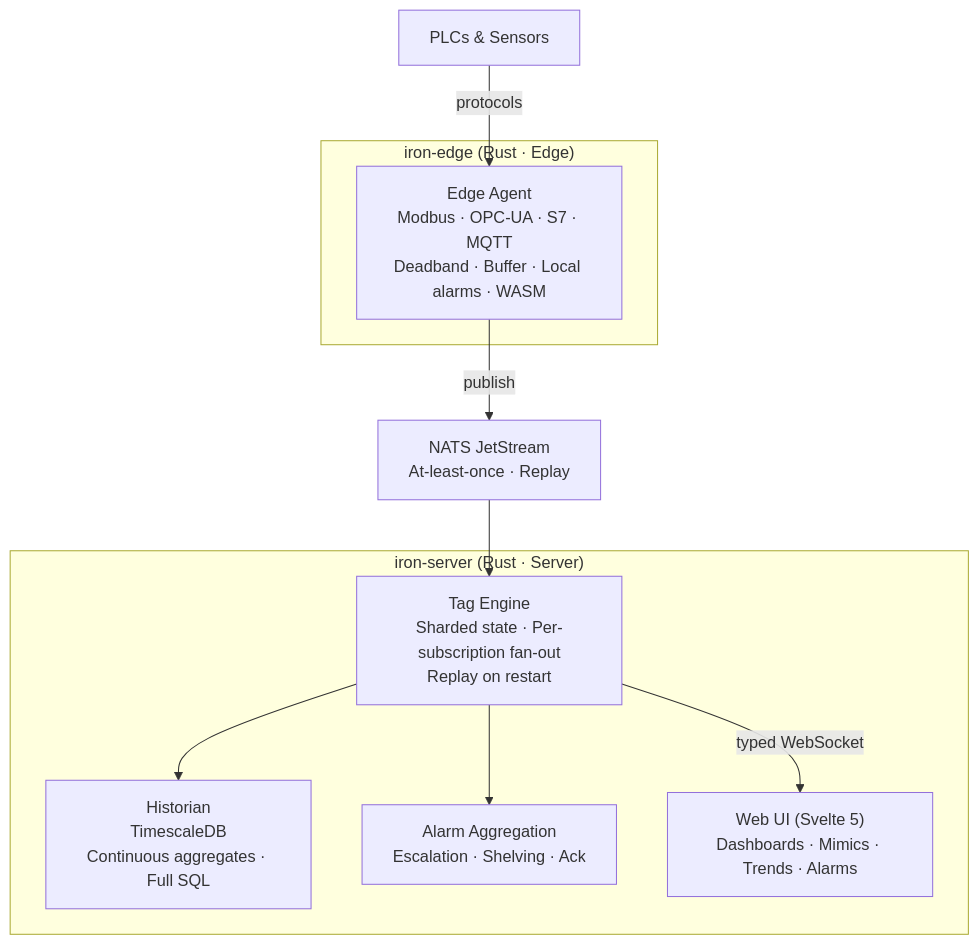
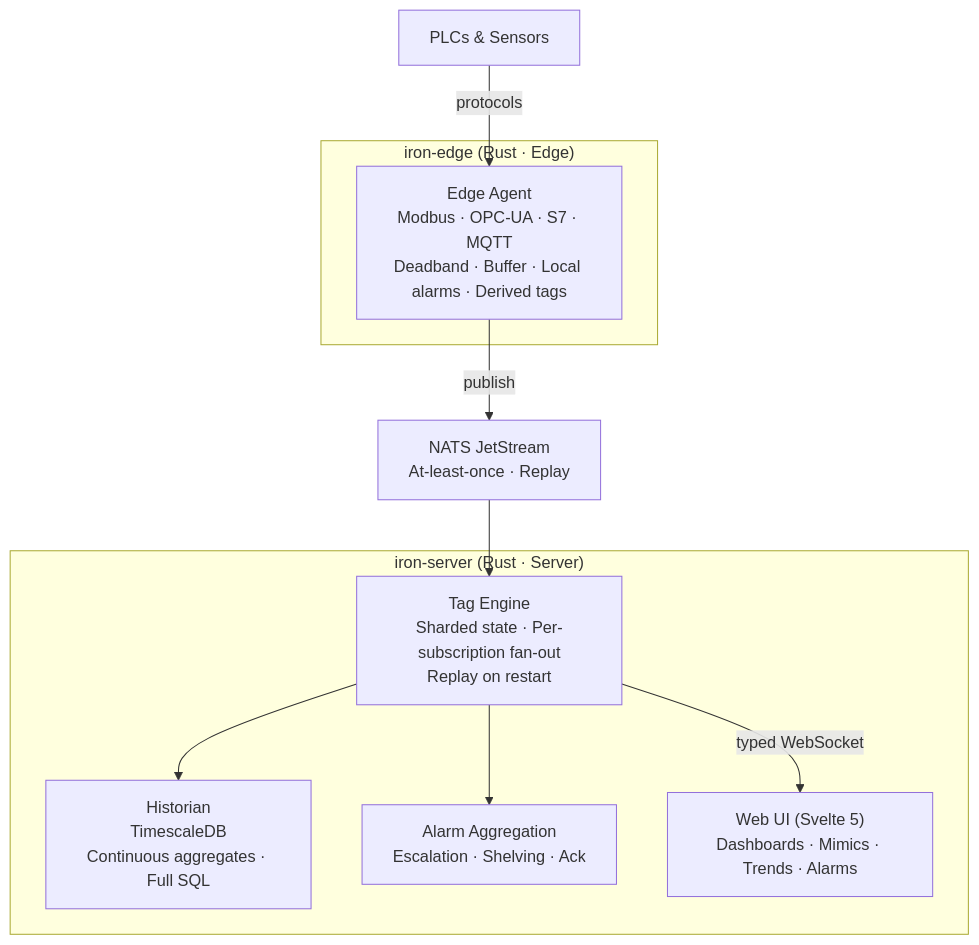
Before and after one commit to andreiyurik/iron-concept: the diagram in docs/specs/architecture.md, drawn with Mermaid. The commit also changed other lines of this file and 41 other files, not shown here.

First line of the commit message:
docs: harden the architecture before code

````diff
--- a/docs/specs/architecture.md
+++ b/docs/specs/architecture.md
@@ -54,23 +54,23 @@
 ```mermaid
 graph TD
     subgraph iron-edge ["iron-edge (Rust · Edge)"]
-        EDGE["Edge Agent\nModbus · OPC-UA · S7 · MQTT\nDeadband · Buffer · Local alarms · WASM"]
+        EDGE["Edge Agent\nModbus · OPC-UA · S7 · MQTT\nDeadband · Buffer · Local alarms · Derived tags"]
     end
 
     subgraph iron-server ["iron-server (Rust · Server)"]
         TAGS["Tag Engine\nSharded state · Per-subscription fan-out\nReplay on restart"]
         TSDB["Historian\nTimescaleDB\nContinuous aggregates · Full SQL"]
         ALARM["Alarm Aggregation\nEscalation · Shelving · Ack"]
         HMI["Web UI (Svelte 5)\nDashboards · Mimics · Trends · Alarms"]
     end
 
     PLC["PLCs & Sensors"]
     NATS["NATS JetStream\nAt-least-once · Replay"]
 
     PLC -->|protocols| EDGE
     EDGE -->|publish| NATS
     NATS --> TAGS
     TAGS --> TSDB
     TAGS --> ALARM
     TAGS -->|typed WebSocket| HMI
 ```
````
